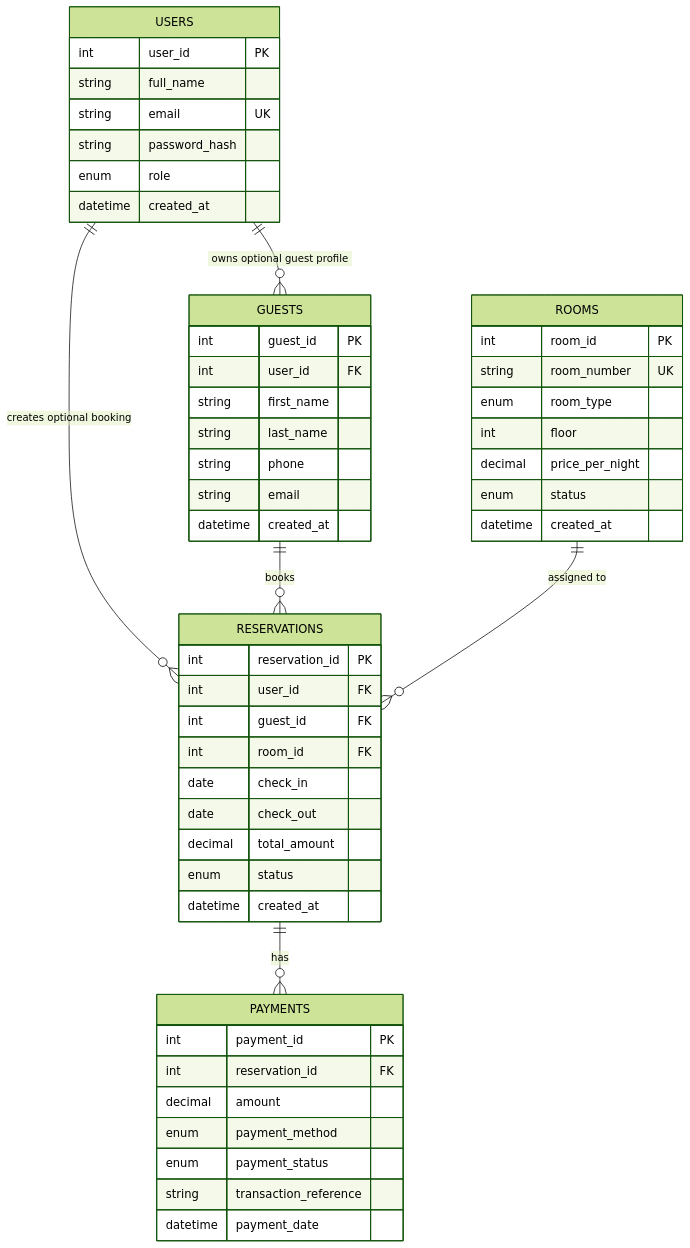
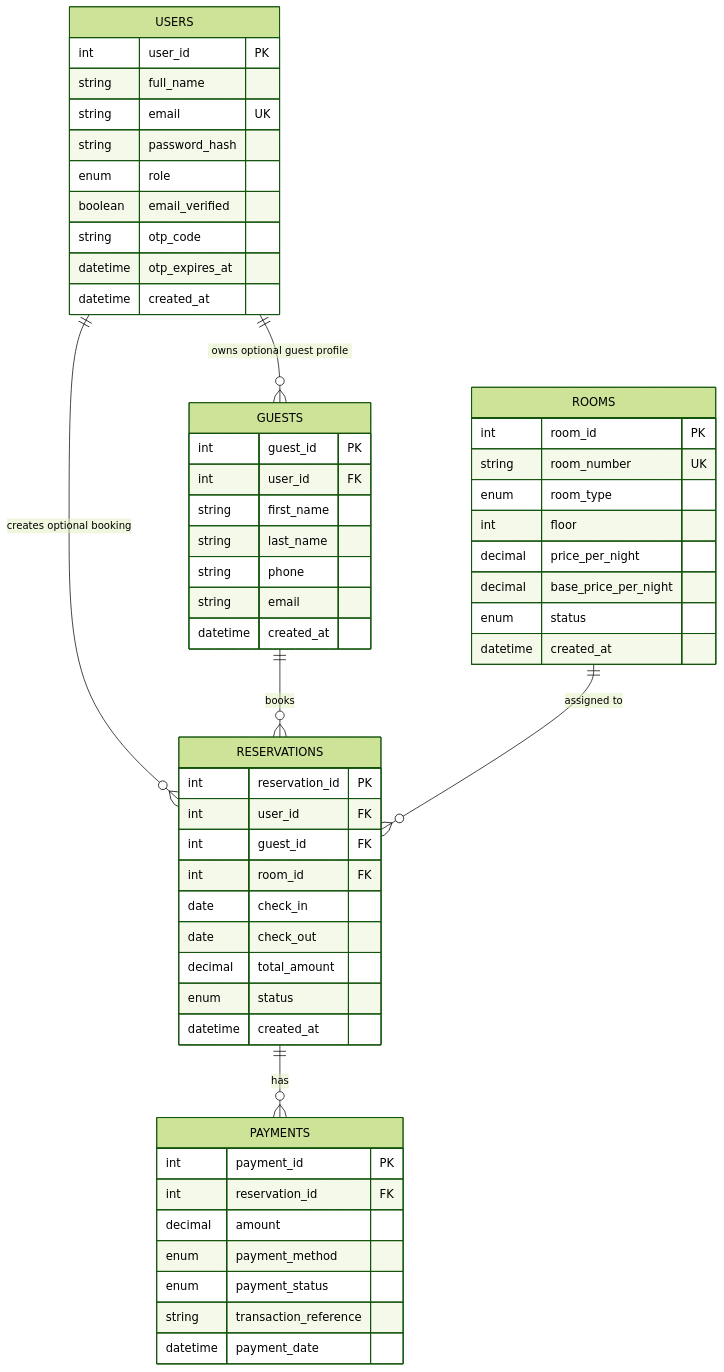
One commit to WizardOfXerox/Emperor-Hotel changed the diagram in docs/database-erd.md. Above: the diagram before and after it, drawn with Mermaid (forest theme). The commit also changed 3 other files, not shown here.

Commit message:
docs: update system documentation across README, ERD schemas, feature trackers, and project explanation guide

````diff
--- a/docs/database-erd.md
+++ b/docs/database-erd.md
@@ -16,59 +16,63 @@
 ```mermaid
 erDiagram
     USERS ||--o{ GUESTS : "owns optional guest profile"
     USERS ||--o{ RESERVATIONS : "creates optional booking"
     GUESTS ||--o{ RESERVATIONS : "books"
     ROOMS ||--o{ RESERVATIONS : "assigned to"
     RESERVATIONS ||--o{ PAYMENTS : "has"
 
     USERS {
         int user_id PK
         string full_name
         string email UK
         string password_hash
         enum role
+        boolean email_verified
+        string otp_code
+        datetime otp_expires_at
         datetime created_at
     }
 
     GUESTS {
         int guest_id PK
         int user_id FK
         string first_name
         string last_name
         string phone
         string email
         datetime created_at
     }
 
     ROOMS {
         int room_id PK
         string room_number UK
         enum room_type
         int floor
         decimal price_per_night
+        decimal base_price_per_night
         enum status
         datetime created_at
     }
 
     RESERVATIONS {
         int reservation_id PK
         int user_id FK
         int guest_id FK
         int room_id FK
         date check_in
         date check_out
         decimal total_amount
         enum status
         datetime created_at
     }
 
     PAYMENTS {
         int payment_id PK
         int reservation_id FK
         decimal amount
         enum payment_method
         enum payment_status
         string transaction_reference
         datetime payment_date
     }
 ```
````
